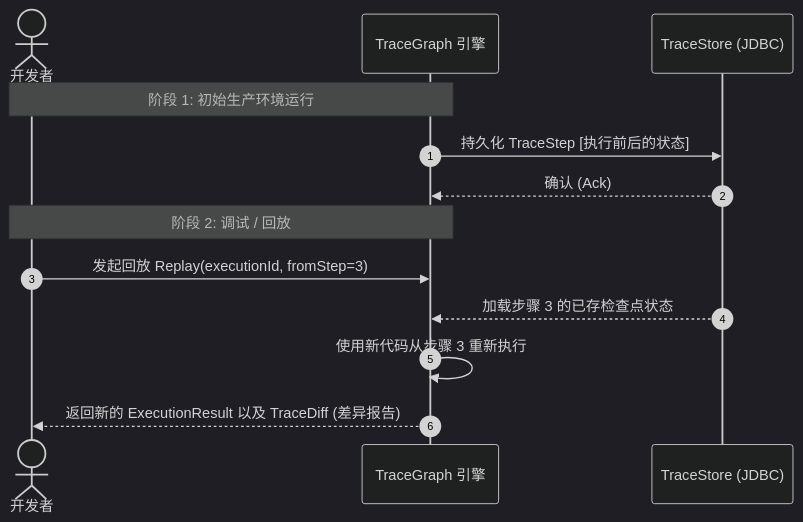
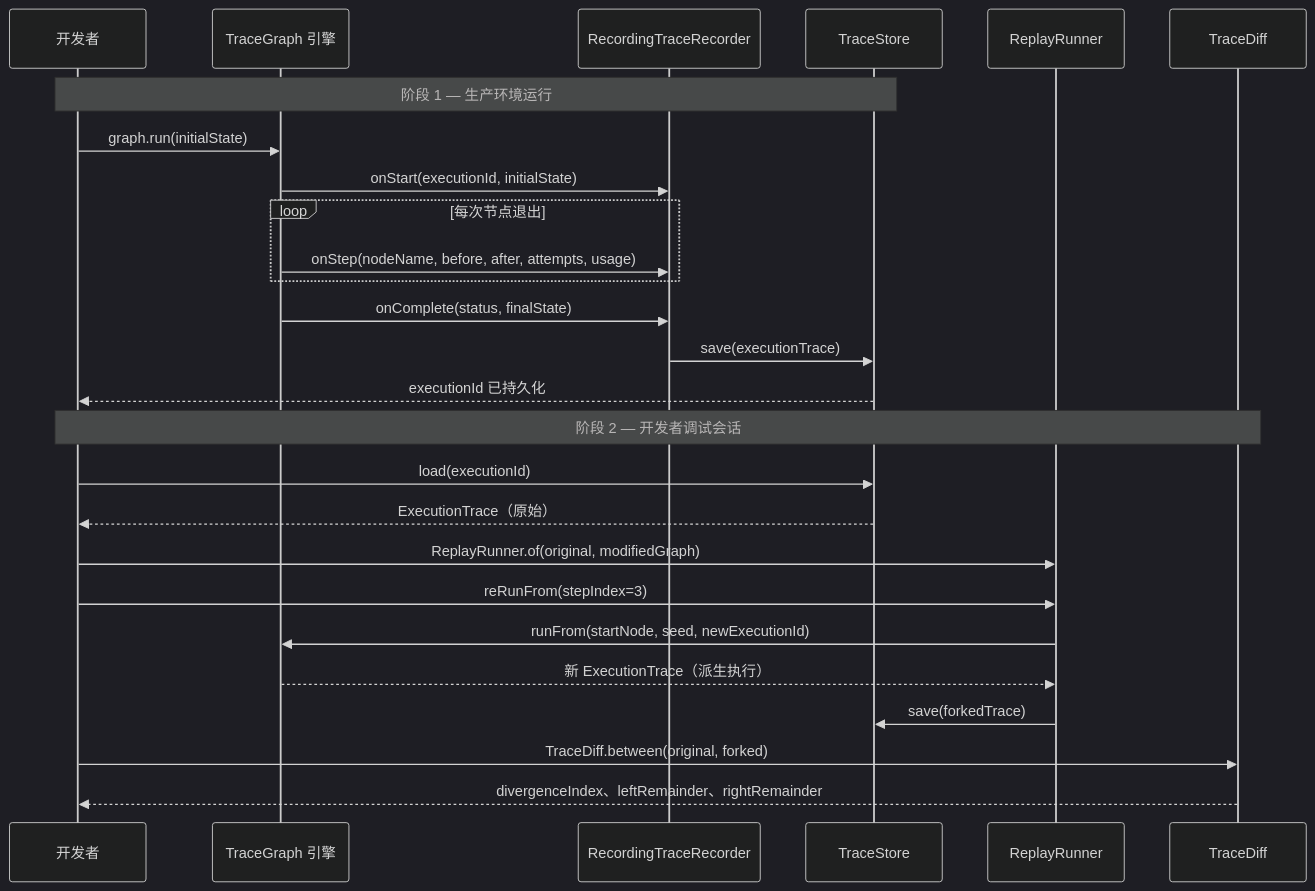
The fourth of 6 diagrams in tracegraph-observability/README.zh.md (kimhongzhang323/TraceGraph), drawn with Mermaid (dark theme) before and after one commit. The commit also changed other lines of this file, not shown here.

````diff
--- a/tracegraph-observability/README.zh.md
+++ b/tracegraph-observability/README.zh.md
@@ -18,17 +177,32 @@
 ```mermaid
 sequenceDiagram
-    autonumber
-    actor Developer as 开发者
+    participant Dev as 开发者
     participant Graph as TraceGraph 引擎
-    participant Store as TraceStore (JDBC)
-    
-    Note over Developer,Graph: 阶段 1: 初始生产环境运行
-    Graph->>Store: 持久化 TraceStep [执行前后的状态]
-    Store-->>Graph: 确认 (Ack)
-    
-    Note over Developer,Graph: 阶段 2: 调试 / 回放
-    Developer->>Graph: 发起回放 Replay(executionId, fromStep=3)
-    Store-->>Graph: 加载步骤 3 的已存检查点状态
-    Graph->>Graph: 使用新代码从步骤 3 重新执行
-    Graph-->>Developer: 返回新的 ExecutionResult 以及 TraceDiff (差异报告)
+    participant Rec as RecordingTraceRecorder
+    participant Store as TraceStore
+    participant Runner as ReplayRunner
+    participant Diff as TraceDiff
+
+    Note over Dev,Store: 阶段 1 — 生产环境运行
+    Dev->>Graph: graph.run(initialState)
+    Graph->>Rec: onStart(executionId, initialState)
+    loop 每次节点退出
+        Graph->>Rec: onStep(nodeName, before, after, attempts, usage)
+    end
+    Graph->>Rec: onComplete(status, finalState)
+    Rec->>Store: save(executionTrace)
+    Store-->>Dev: executionId 已持久化
+
+    Note over Dev,Diff: 阶段 2 — 开发者调试会话
+    Dev->>Store: load(executionId)
+    Store-->>Dev: ExecutionTrace（原始）
+
+    Dev->>Runner: ReplayRunner.of(original, modifiedGraph)
+    Dev->>Runner: reRunFrom(stepIndex=3)
+    Runner->>Graph: runFrom(startNode, seed, newExecutionId)
+    Graph-->>Runner: 新 ExecutionTrace（派生执行）
+    Runner->>Store: save(forkedTrace)
+
+    Dev->>Diff: TraceDiff.between(original, forked)
+    Diff-->>Dev: divergenceIndex、leftRemainder、rightRemainder
 ```
````
